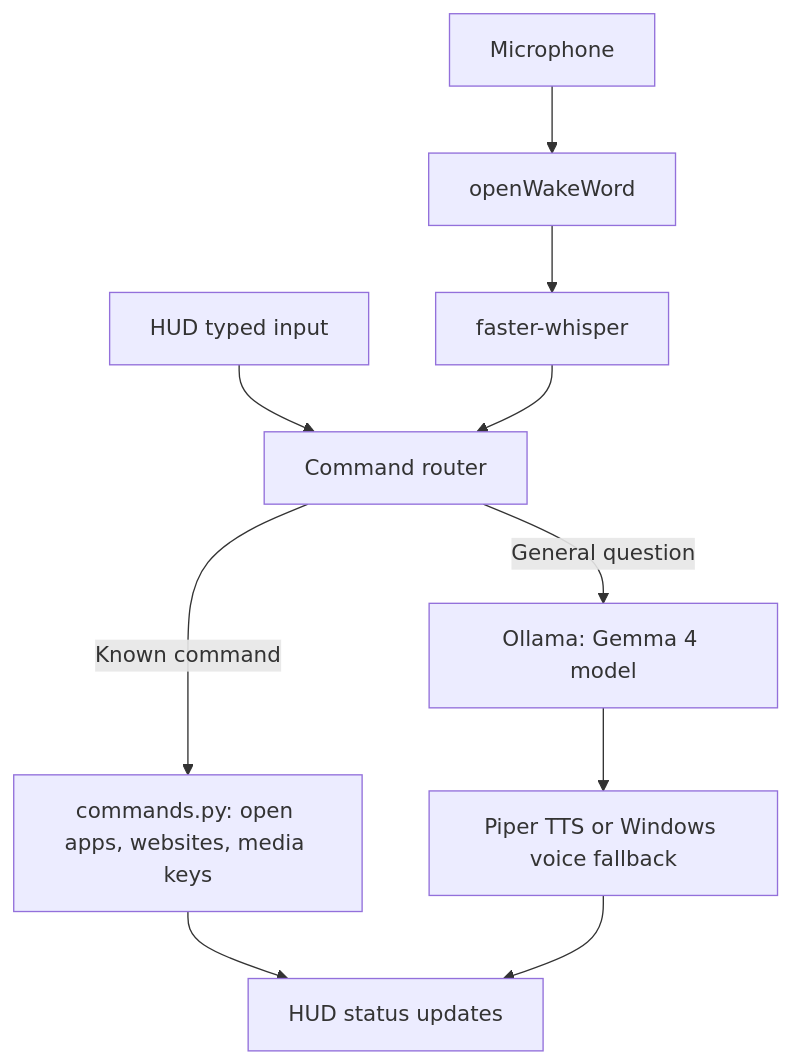
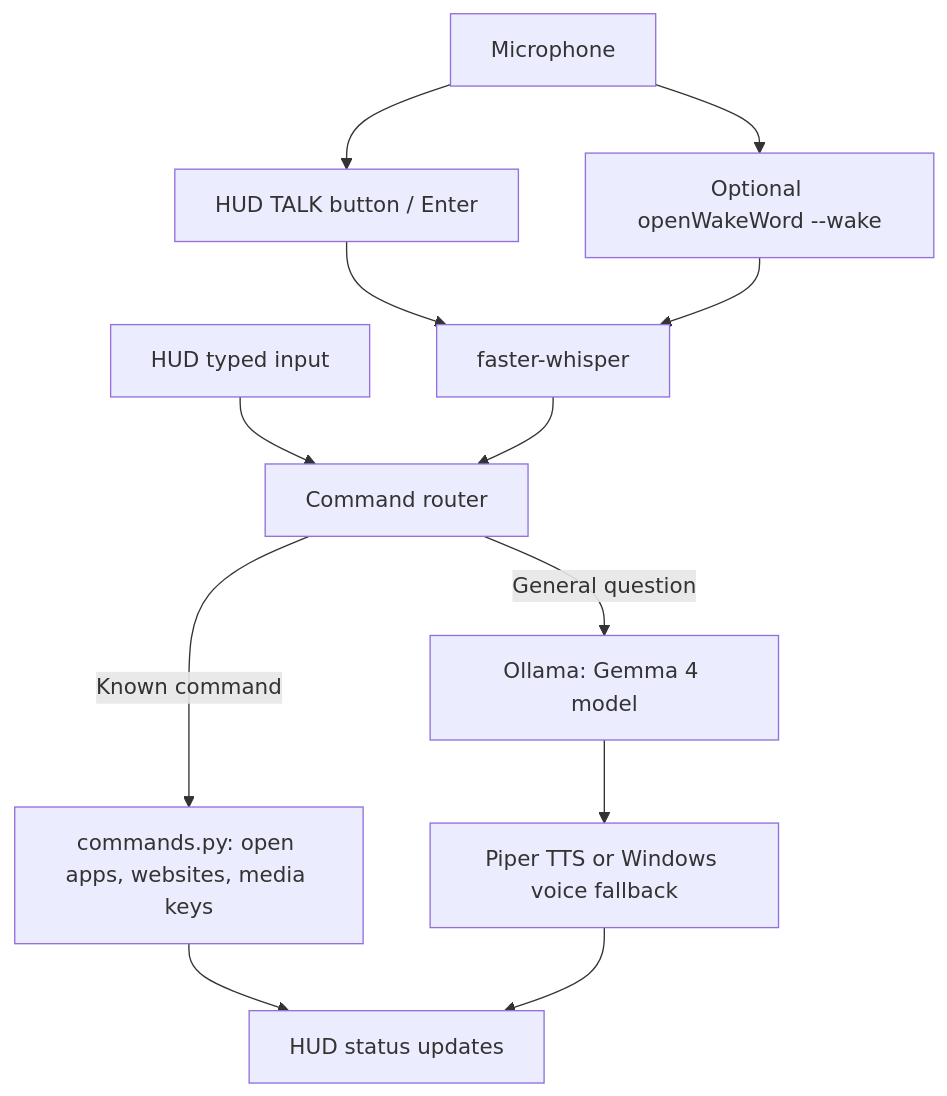
One commit to tabitha-dev/jarvis-local-ai changed the diagram in docs/ARCHITECTURE.md. Above: the diagram before and after it, drawn with Mermaid. The commit also changed 15 other files, not shown here.

First line of the commit message:
Integrate reviewed JARVIS opt-in wake word and 56-test release candidate

````diff
--- a/docs/ARCHITECTURE.md
+++ b/docs/ARCHITECTURE.md
@@ -5,11 +5,12 @@
 ```mermaid
 flowchart TD
- M[Microphone] --> W[openWakeWord] --> S[faster-whisper]
+ M[Microphone] --> TBTN[HUD TALK button / Enter] --> S[faster-whisper]
+ M --> W[Optional openWakeWord --wake] --> S
  T[HUD typed input] --> R[Command router]
  S --> R
  R -->|Known command| C[commands.py: open apps, websites, media keys]
  R -->|General question| O[Ollama: Gemma 4 model]
  O --> P[Piper TTS or Windows voice fallback]
  C --> U[HUD status updates]
  P --> U
 ```
````
